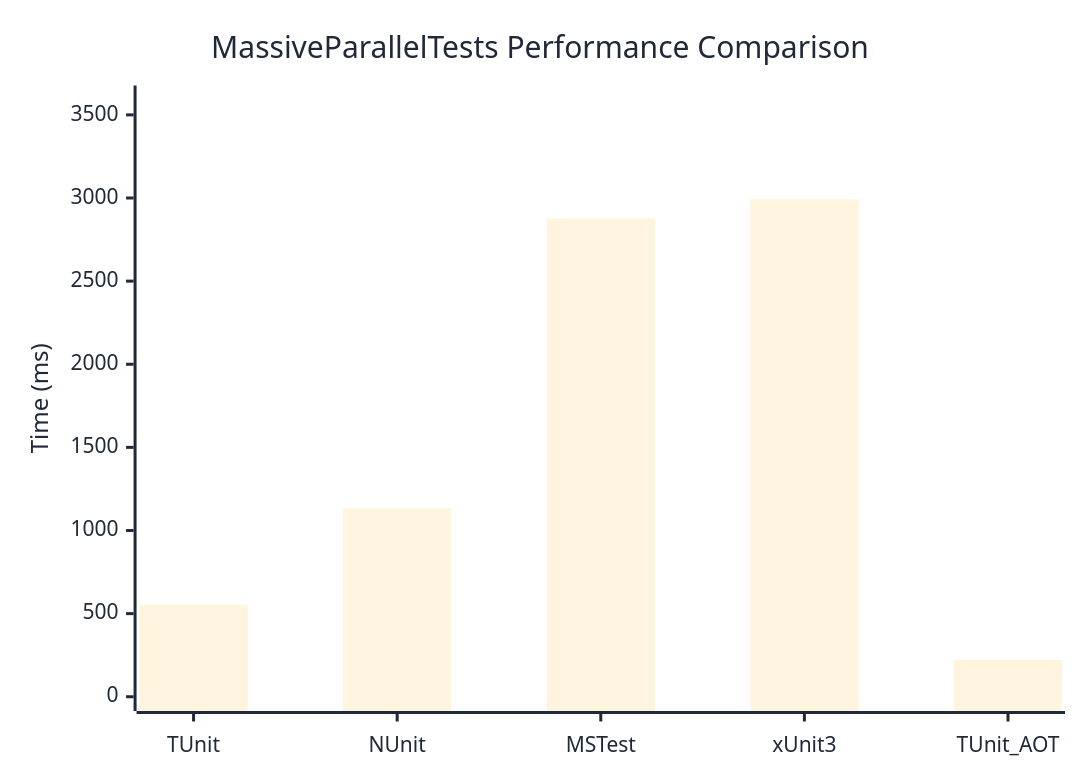
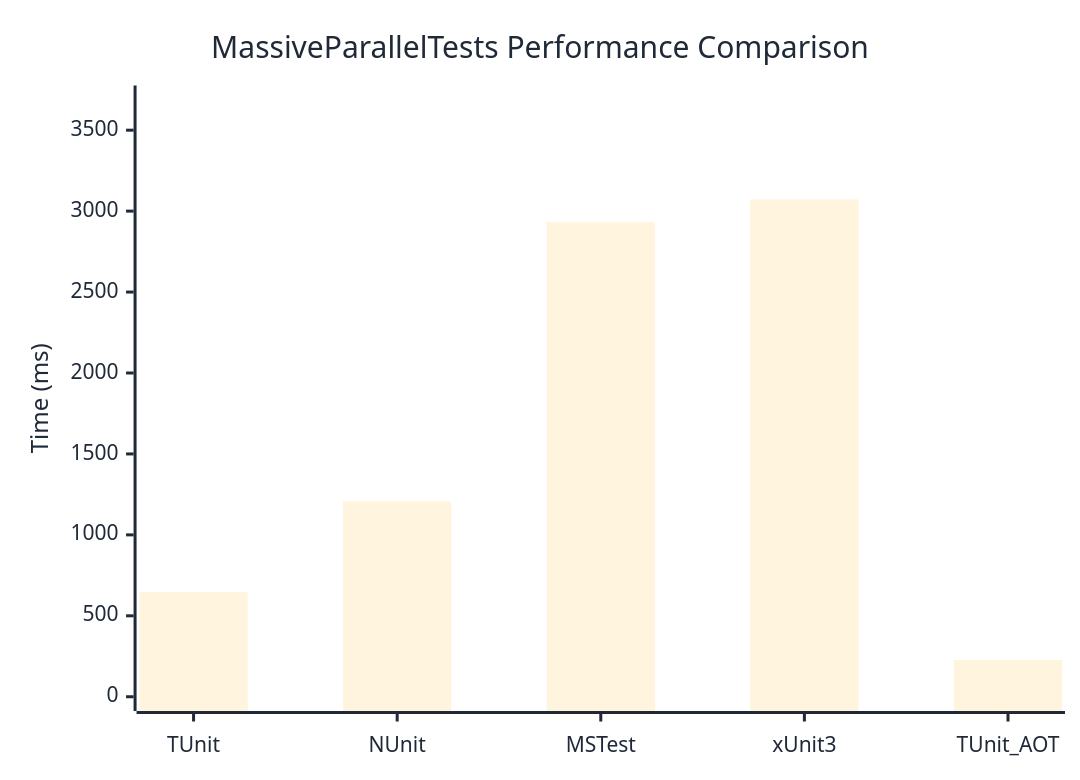
The diagram in docs/docs/benchmarks/MassiveParallelTests.md (thomhurst/TUnit), drawn with Mermaid before and after one commit. The commit also changed other lines of this file and 17 other files, not shown here.

````diff
--- a/docs/docs/benchmarks/MassiveParallelTests.md
+++ b/docs/docs/benchmarks/MassiveParallelTests.md
@@ -27,37 +27,37 @@
 ```mermaid
 %%{init: {
   'theme':'base',
   'themeVariables': {
     'primaryColor': '#2563eb',
     'primaryTextColor': '#1f2937',
     'primaryBorderColor': '#1e40af',
     'lineColor': '#6b7280',
     'secondaryColor': '#7c3aed',
     'tertiaryColor': '#dc2626',
     'background': '#ffffff',
     'mainBkg': '#2563eb',
     'secondBkg': '#7c3aed',
     'tertiaryBkg': '#dc2626',
     'clusterBkg': '#f3f4f6',
     'edgeLabelBackground': '#ffffff',
     'tertiaryTextColor': '#1f2937',
     'pie1': '#2563eb',
     'pie2': '#7c3aed',
     'pie3': '#dc2626',
     'pie4': '#f59e0b',
     'pie5': '#10b981',
     'pie6': '#06b6d4',
     'pie7': '#ec4899',
     'pie8': '#6366f1',
     'pie9': '#84cc16',
     'pie10': '#f97316',
     'pie11': '#14b8a6',
     'pie12': '#a855f7'
   }
 }}%%
 xychart-beta
   title "MassiveParallelTests Performance Comparison"
   x-axis ["TUnit", "NUnit", "MSTest", "xUnit3", "TUnit_AOT"]
-  y-axis "Time (ms)" 0 --> 3591
-  bar [554.3, 1132.8, 2877.2, 2991.7, 222.1]
+  y-axis "Time (ms)" 0 --> 3688
+  bar [645.5, 1207.1, 2931.7, 3072.7, 226.8]
 ```
````
